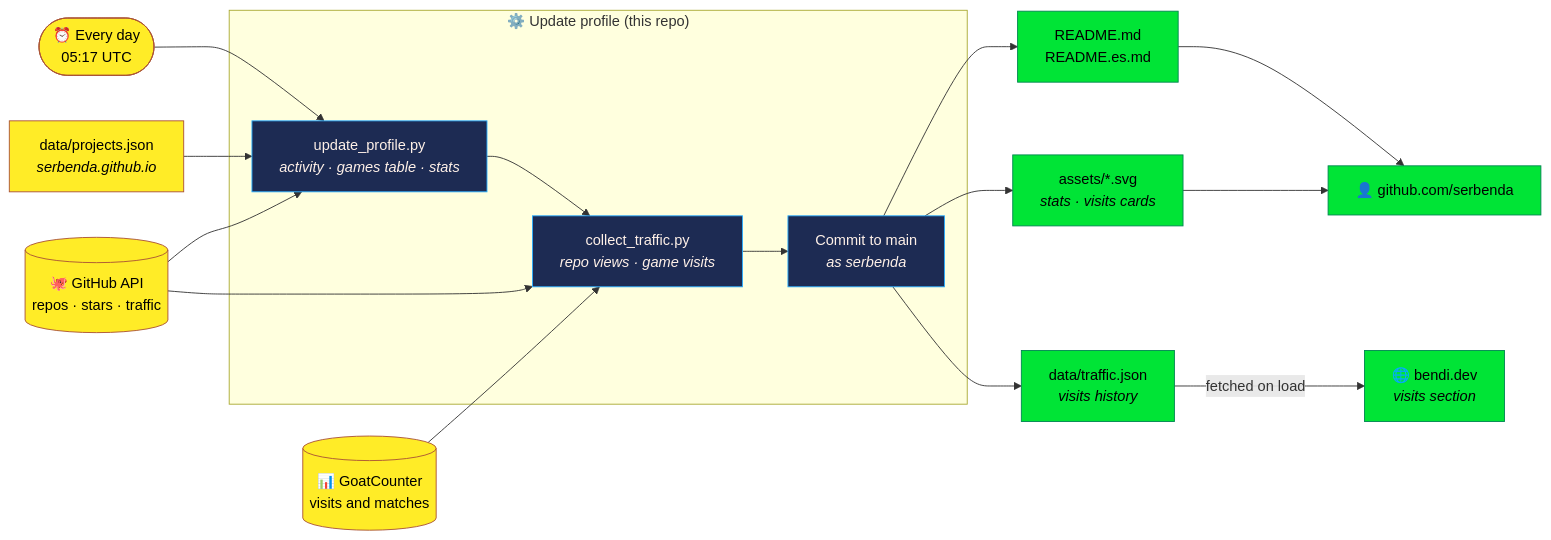
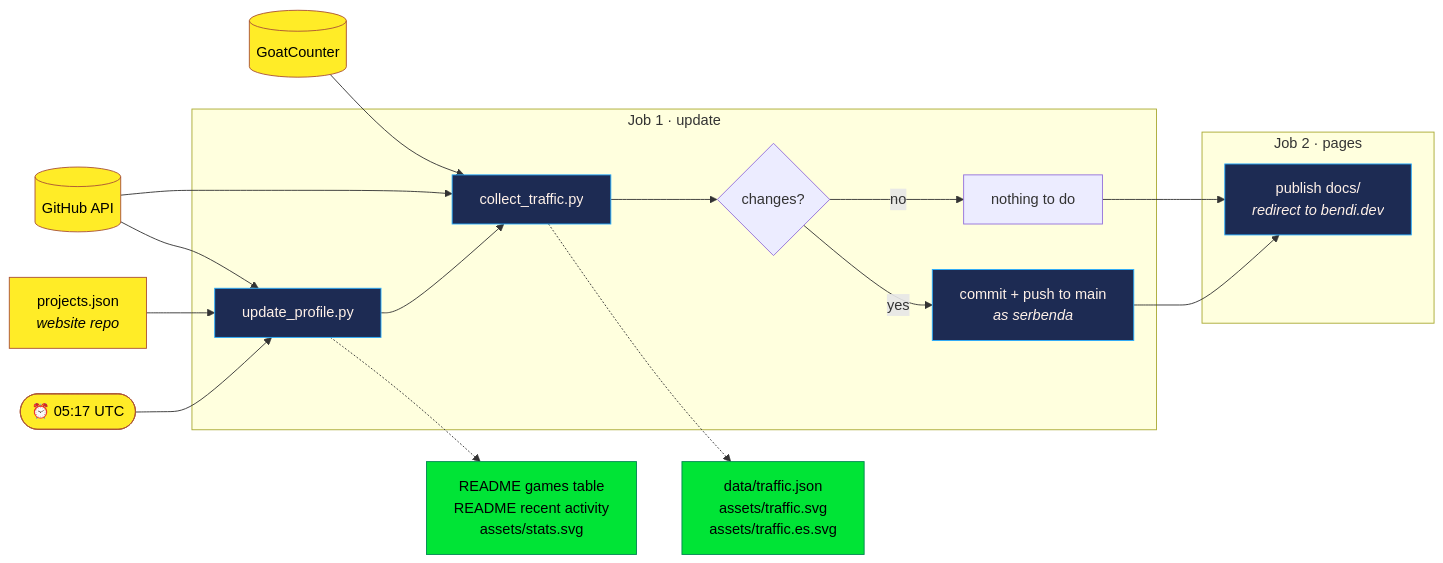
Before and after one commit to serbenda/serbenda: the third of 5 diagrams in .github/MAINTENANCE.md, drawn with Mermaid. The commit also changed other lines of this file, not shown here.

Commit message:
Handbook: every repo, the full flow and the processes

````diff
--- a/.github/MAINTENANCE.md
+++ b/.github/MAINTENANCE.md
@@ -57,42 +165,32 @@
 ```mermaid
 flowchart LR
-    CRON(["⏰ Every day<br/>05:17 UTC"])
+    CRON(["⏰ 05:17 UTC"]) --> UP
 
-    subgraph ACTION["⚙️ Update profile (this repo)"]
-        UP["update_profile.py<br/><i>activity · games table · stats</i>"]
-        CT["collect_traffic.py<br/><i>repo views · game visits</i>"]
-        COMMIT["Commit to main<br/><i>as serbenda</i>"]
+    subgraph J1["Job 1 · update"]
+        UP["update_profile.py"] --> CT["collect_traffic.py"] --> C{"changes?"}
+        C -- yes --> COMMIT["commit + push to main<br/><i>as serbenda</i>"]
+        C -- no --> SKIP["nothing to do"]
     end
 
-    PROJ["data/projects.json<br/><i>serbenda.github.io</i>"]
-    GHAPI[("🐙 GitHub API<br/>repos · stars · traffic")]
-    GC[("📊 GoatCounter<br/>visits and matches")]
+    subgraph J2["Job 2 · pages"]
+        DEP["publish docs/<br/><i>redirect to bendi.dev</i>"]
+    end
 
-    README["README.md<br/>README.es.md"]
-    SVG["assets/*.svg<br/><i>stats · visits cards</i>"]
-    TRAFFIC["data/traffic.json<br/><i>visits history</i>"]
+    COMMIT --> DEP
+    SKIP --> DEP
 
-    PROFILE["👤 github.com/serbenda"]
-    WEB["🌐 bendi.dev<br/><i>visits section</i>"]
+    PROJ["projects.json<br/><i>website repo</i>"] --> UP
+    API[("GitHub API")] --> UP
+    API --> CT
+    GC[("GoatCounter")] --> CT
 
-    CRON --> UP
-    PROJ --> UP
-    GHAPI --> UP
-    UP --> CT
-    GHAPI --> CT
-    GC --> CT
-    CT --> COMMIT
-    COMMIT --> README
-    COMMIT --> SVG
-    COMMIT --> TRAFFIC
-    README --> PROFILE
-    SVG --> PROFILE
-    TRAFFIC -- "fetched on load" --> WEB
+    UP -.-> O1["README games table<br/>README recent activity<br/>assets/stats.svg"]
+    CT -.-> O2["data/traffic.json<br/>assets/traffic.svg<br/>assets/traffic.es.svg"]
 
     classDef job fill:#1d2b53,stroke:#29adff,color:#fff1e8
     classDef src fill:#ffec27,stroke:#ab5236,color:#000
     classDef out fill:#00e436,stroke:#008751,color:#000
-    class UP,CT,COMMIT job
-    class PROJ,GHAPI,GC,CRON src
-    class README,SVG,TRAFFIC,PROFILE,WEB out
+    class UP,CT,COMMIT,DEP job
+    class PROJ,API,GC,CRON src
+    class O1,O2 out
 ```
````
